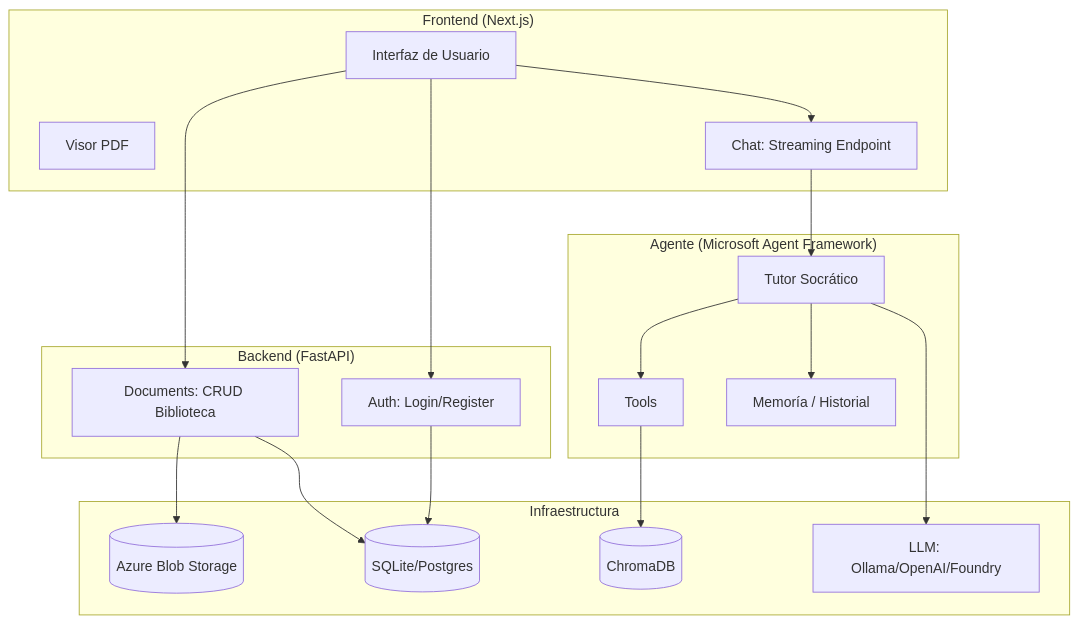
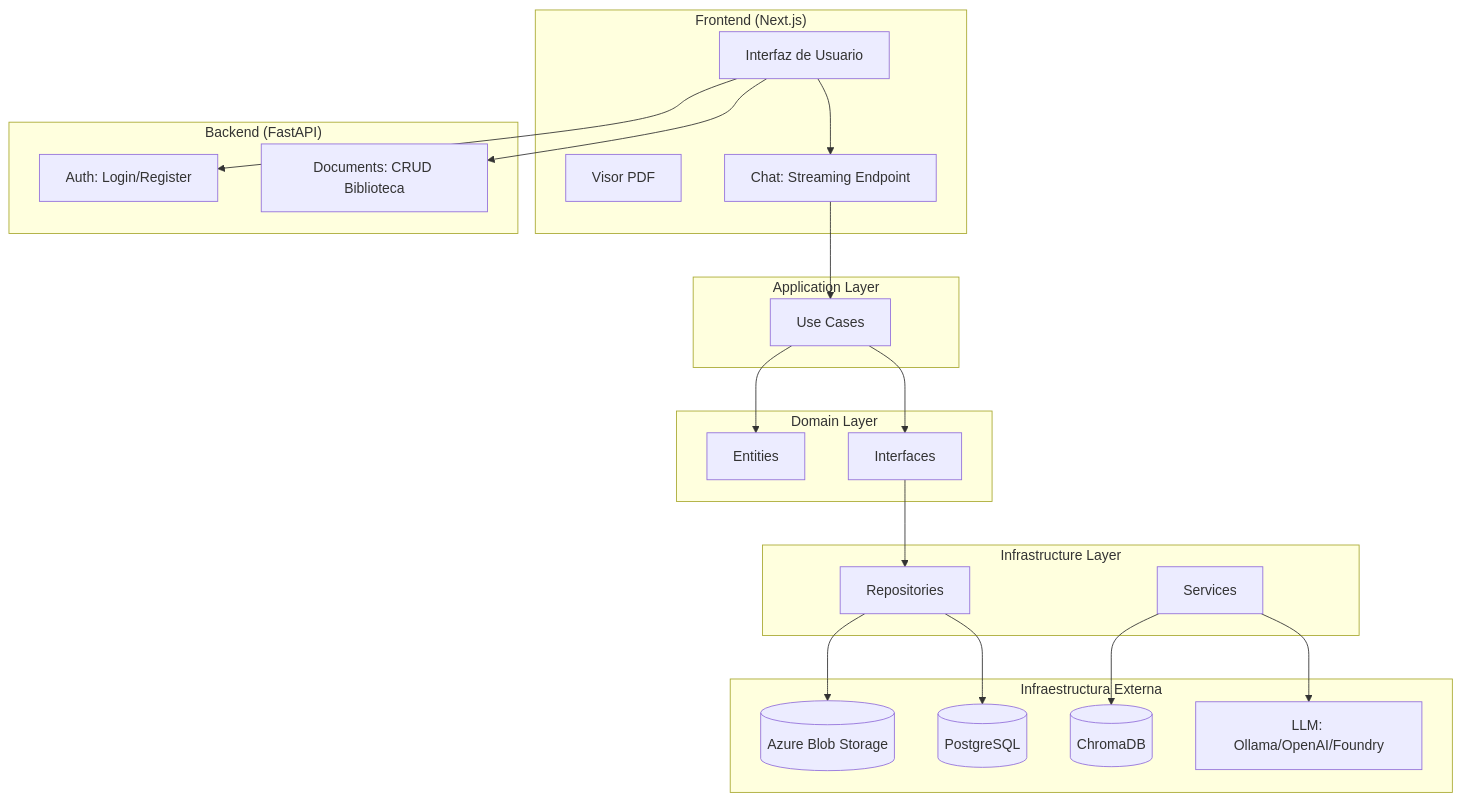
One commit to luiscm17/noetix-rag changed the first of 3 diagrams in docs/ARCHITECTURE.md. Above: the diagram before and after it, drawn with Mermaid. The commit also changed other lines of this file, not shown here.

Commit message:
docs: update ARCHITECTURE.md with Clean Architecture details

````diff
--- a/docs/ARCHITECTURE.md
+++ b/docs/ARCHITECTURE.md
@@ -29,39 +47,47 @@
 ```mermaid
 graph TB
     subgraph "Frontend (Next.js)"
         UI[Interfaz de Usuario]
         PDFV[Visor PDF]
         CHAT[Componente Chat]
     end
     
     subgraph "Backend (FastAPI)"
         AUTH[Auth: Login/Register]
         DOCS[Documents: CRUD Biblioteca]
         CHAT[Chat: Streaming Endpoint]
     end
     
-    subgraph "Agente (Microsoft Agent Framework)"
-        TUTOR[Tutor Socrático]
-        TOOLS[Tools]
-        MEM[Memoría / Historial]
+    subgraph "Application Layer"
+        USE[Use Cases]
     end
     
-    subgraph "Infraestructura"
+    subgraph "Domain Layer"
+        ENT[Entities]
+        INT[Interfaces]
+    end
+    
+    subgraph "Infrastructure Layer"
+        REP[Repositories]
+        SVC[Services]
+    end
+    
+    subgraph "Infraestructura Externa"
         BLOB[(Azure Blob Storage)]
-        DB[(SQLite/Postgres)]
+        DB[(PostgreSQL)]
         CHROMA[(ChromaDB)]
         LLM[LLM: Ollama/OpenAI/Foundry]
     end
     
     UI --> AUTH
     UI --> DOCS
     UI --> CHAT
-    CHAT --> TUTOR
-    TUTOR --> TOOLS
-    TOOLS --> CHROMA
-    TUTOR --> LLM
-    TUTOR --> MEM
-    DOCS --> BLOB
-    DOCS --> DB
-    AUTH --> DB
+    CHAT --> USE
+    USE --> ENT
+    USE --> INT
+    INT --> REP
+    REP --> DB
+    REP --> BLOB
+    SVC --> CHROMA
+    SVC --> LLM
 ```
````
